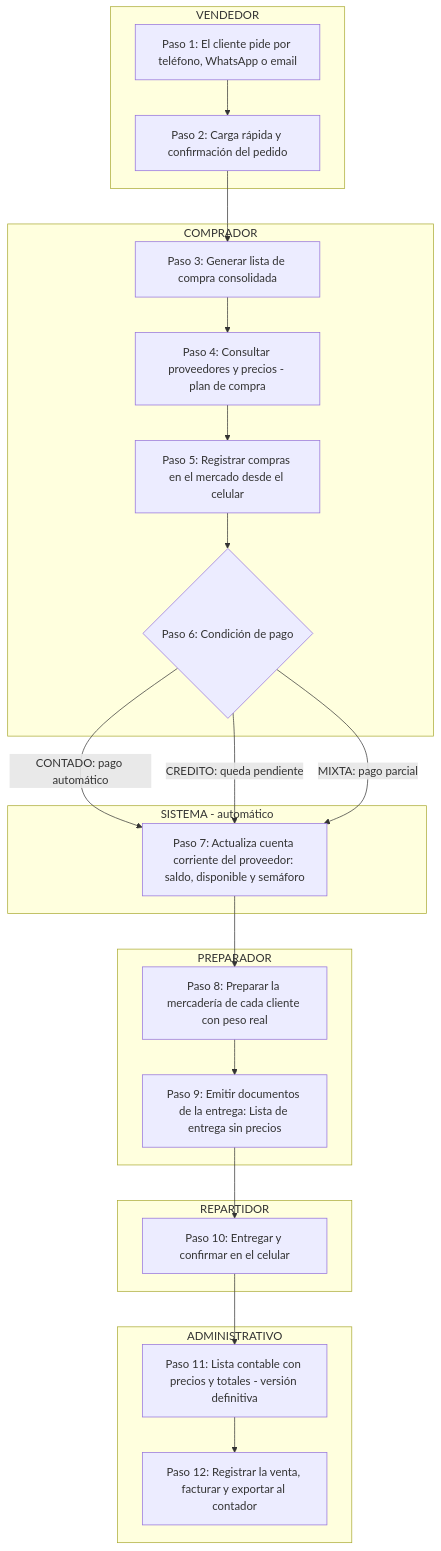
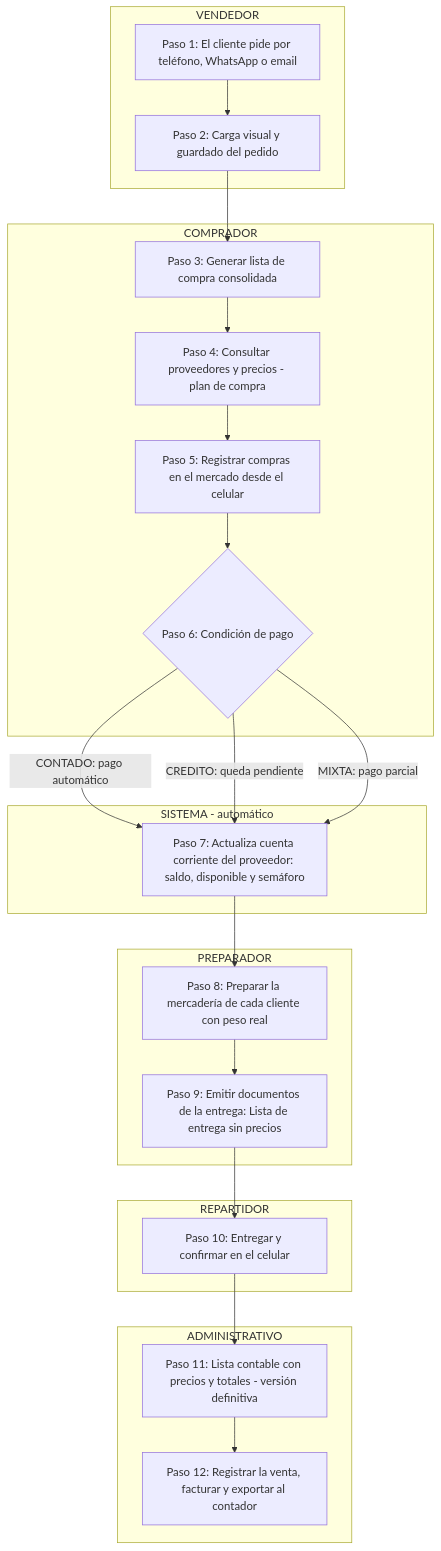
One commit to Facumirande/sistema-juan changed the first of 8 diagrams in docs/plan/04-procesos-y-flujos.md. Above: the diagram before and after it, drawn with Mermaid. The commit also changed other lines of this file and 66 other files, not shown here.

````diff
--- a/docs/plan/04-procesos-y-flujos.md
+++ b/docs/plan/04-procesos-y-flujos.md
@@ -88,32 +87,32 @@
 ```mermaid
 flowchart TD
     subgraph VEN["VENDEDOR"]
         S1["Paso 1: El cliente pide por teléfono, WhatsApp o email"]
-        S2["Paso 2: Carga rápida y confirmación del pedido"]
+        S2["Paso 2: Carga visual y guardado del pedido"]
     end
     subgraph COM["COMPRADOR"]
         S3["Paso 3: Generar lista de compra consolidada"]
         S4["Paso 4: Consultar proveedores y precios - plan de compra"]
         S5["Paso 5: Registrar compras en el mercado desde el celular"]
         S6{"Paso 6: Condición de pago"}
     end
     subgraph SIS["SISTEMA - automático"]
         S7["Paso 7: Actualiza cuenta corriente del proveedor: saldo, disponible y semáforo"]
     end
     subgraph PRE["PREPARADOR"]
         S8["Paso 8: Preparar la mercadería de cada cliente con peso real"]
         S9["Paso 9: Emitir documentos de la entrega: Lista de entrega sin precios"]
     end
     subgraph REP["REPARTIDOR"]
         S10["Paso 10: Entregar y confirmar en el celular"]
     end
     subgraph ADM["ADMINISTRATIVO"]
         S11["Paso 11: Lista contable con precios y totales - versión definitiva"]
         S12["Paso 12: Registrar la venta, facturar y exportar al contador"]
     end
     S1 --> S2 --> S3 --> S4 --> S5 --> S6
     S6 -->|CONTADO: pago automático| S7
     S6 -->|CREDITO: queda pendiente| S7
     S6 -->|MIXTA: pago parcial| S7
     S7 --> S8 --> S9 --> S10 --> S11 --> S12
 ```
````
